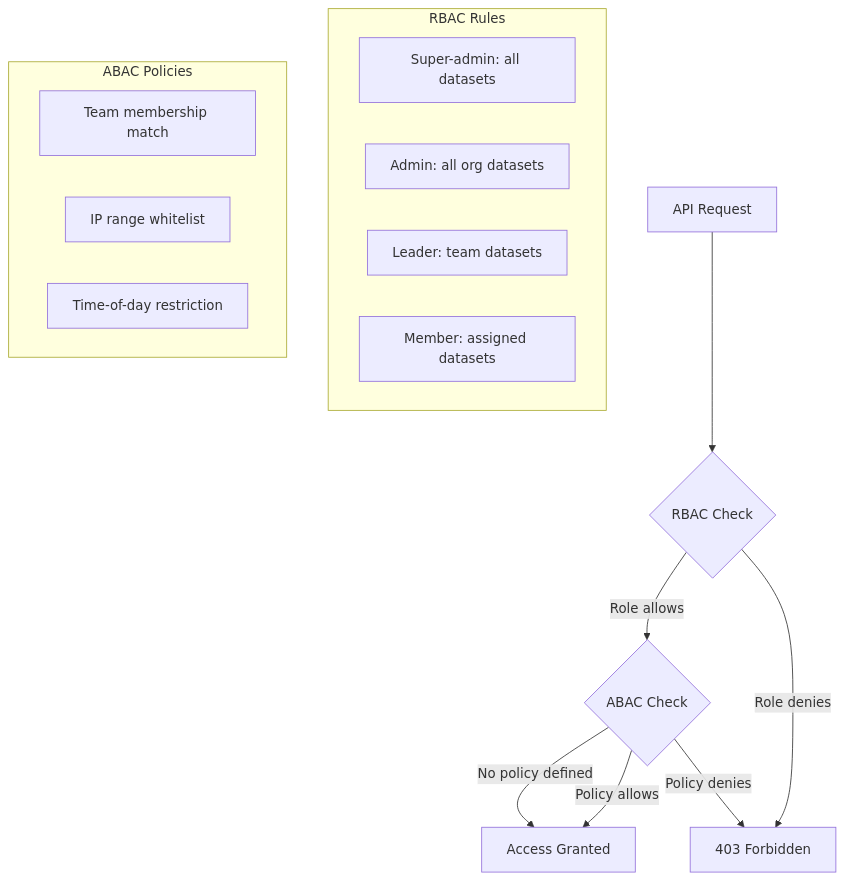
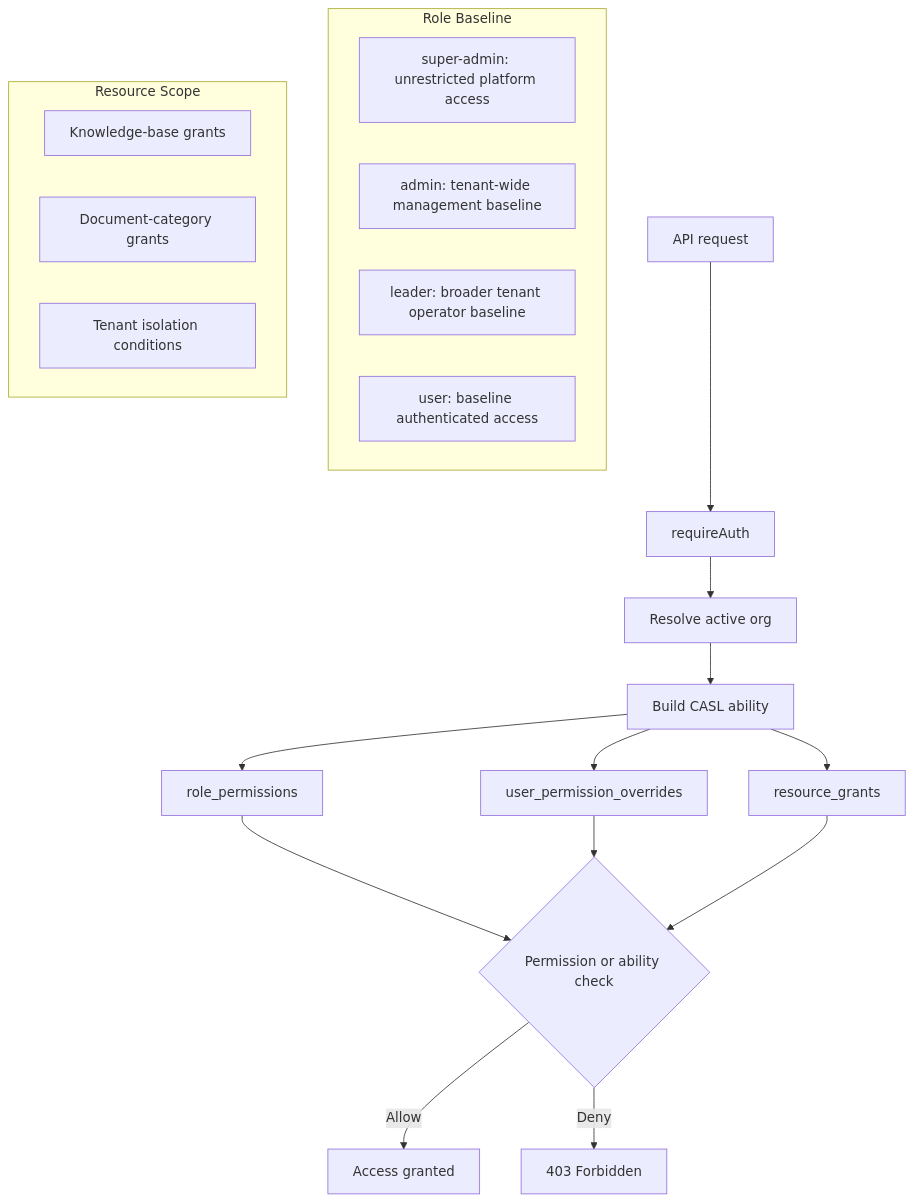
Before and after one commit to b-knowledge-solution/b-knowledge: the third of 3 diagrams in docs/srs/core-platform/fr-dataset-management.md, drawn with Mermaid. The commit also changed other lines of this file, not shown here.

Commit message:
docs(09-04): correct dataset permission wording
- replace stale dataset role and access-control language
- document registry, overrides, and resource grants as the current model

````diff
--- a/docs/srs/core-platform/fr-dataset-management.md
+++ b/docs/srs/core-platform/fr-dataset-management.md
@@ -128,22 +130,27 @@
 ```mermaid
 flowchart TD
-    REQ[API Request] --> RBAC{RBAC Check}
-    RBAC -->|Role allows| ABAC{ABAC Check}
-    RBAC -->|Role denies| DENY[403 Forbidden]
-    ABAC -->|Policy allows| GRANT[Access Granted]
-    ABAC -->|Policy denies| DENY
-    ABAC -->|No policy defined| GRANT
+    REQ[API request] --> AUTH[requireAuth]
+    AUTH --> ORG[Resolve active org]
+    ORG --> ABILITY[Build CASL ability]
+    ABILITY --> ROLE[role_permissions]
+    ABILITY --> OVERRIDE[user_permission_overrides]
+    ABILITY --> GRANTS[resource_grants]
+    ROLE --> CHECK{Permission or ability check}
+    OVERRIDE --> CHECK
+    GRANTS --> CHECK
+    CHECK -->|Allow| OK[Access granted]
+    CHECK -->|Deny| DENY[403 Forbidden]
 
-    subgraph RBAC Rules
-        R1[Super-admin: all datasets]
-        R2[Admin: all org datasets]
-        R3[Leader: team datasets]
-        R4[Member: assigned datasets]
+    subgraph Role Baseline
+        R1[super-admin: unrestricted platform access]
+        R2[admin: tenant-wide management baseline]
+        R3[leader: broader tenant operator baseline]
+        R4[user: baseline authenticated access]
     end
 
-    subgraph ABAC Policies
-        P1[Team membership match]
-        P2[IP range whitelist]
-        P3[Time-of-day restriction]
+    subgraph Resource Scope
+        P1[Knowledge-base grants]
+        P2[Document-category grants]
+        P3[Tenant isolation conditions]
     end
 ```
````
